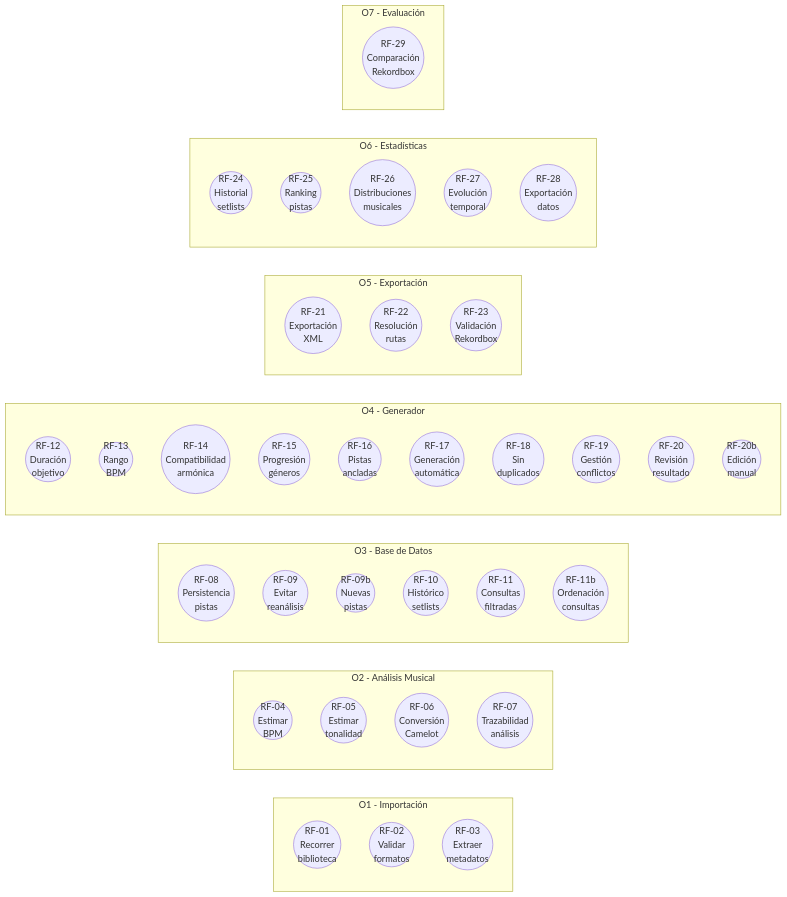
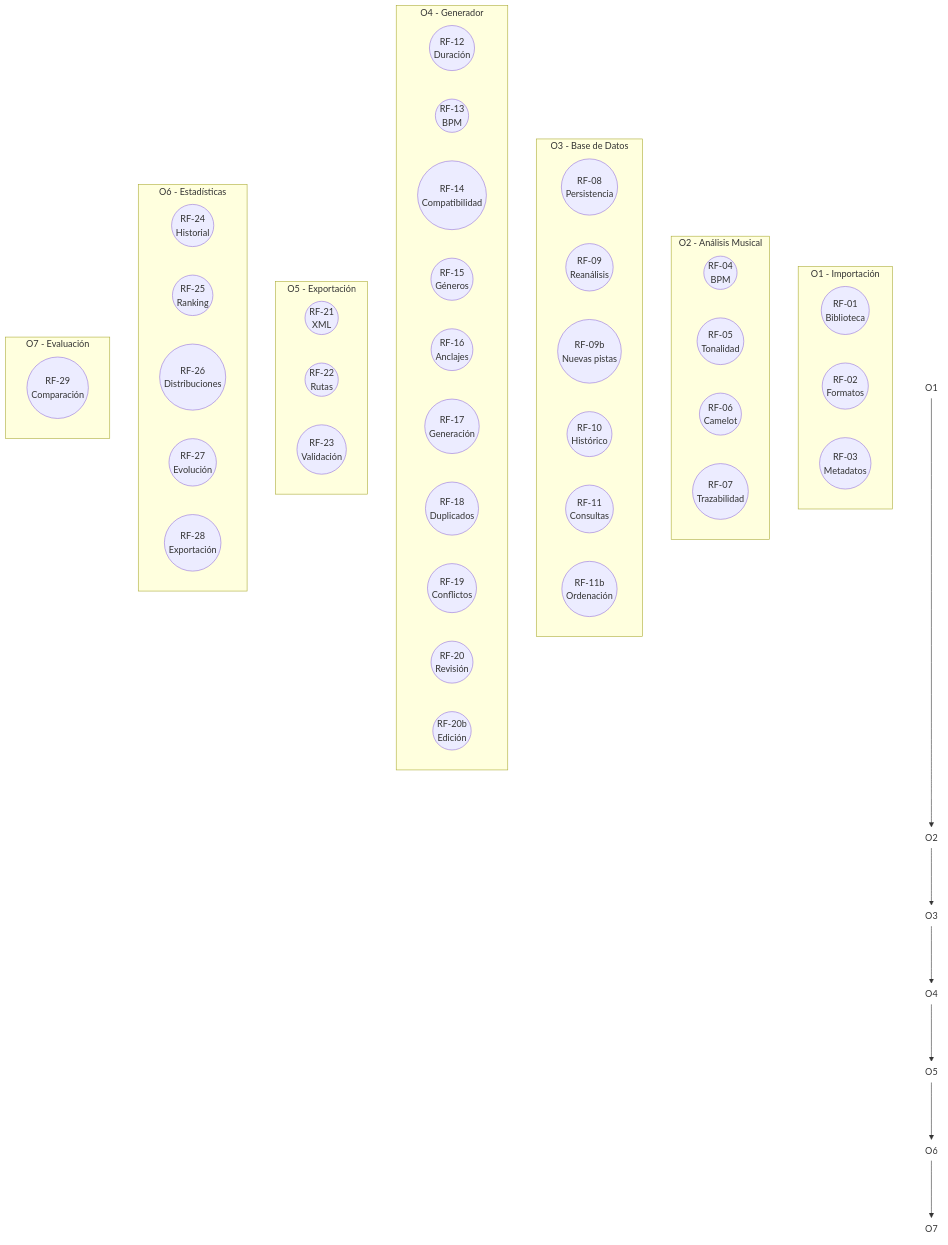
One commit to pabloo806/Trabajo-de-Fin-de-Grado changed the second of 4 diagrams in docs/requirements/requirements.md. Above: the diagram before and after it, drawn with Mermaid.

Commit message:
Refactor functional requirements flowchart layout

````diff
--- a/docs/requirements/requirements.md
+++ b/docs/requirements/requirements.md
@@ -145,63 +145,81 @@
 ```mermaid
-flowchart LR
+flowchart TB
+
+    O1x((O1))
+    O2x((O2))
+    O3x((O3))
+    O4x((O4))
+    O5x((O5))
+    O6x((O6))
+    O7x((O7))
+
+    O1x ---> O2x ---> O3x ---> O4x ---> O5x ---> O6x ---> O7x
+
+    style O1x fill:transparent,stroke:transparent
+    style O2x fill:transparent,stroke:transparent
+    style O3x fill:transparent,stroke:transparent
+    style O4x fill:transparent,stroke:transparent
+    style O5x fill:transparent,stroke:transparent
+    style O6x fill:transparent,stroke:transparent
+    style O7x fill:transparent,stroke:transparent
 
     subgraph O1["O1 - Importación"]
-        direction TB
-        RF01(("RF-01<br/>Recorrer<br/>biblioteca"))
-        RF02(("RF-02<br/>Validar<br/>formatos"))
-        RF03(("RF-03<br/>Extraer<br/>metadatos"))
+        direction LR
+        RF01(("RF-01<br/>Biblioteca"))
+        RF02(("RF-02<br/>Formatos"))
+        RF03(("RF-03<br/>Metadatos"))
     end
 
     subgraph O2["O2 - Análisis Musical"]
-        direction TB
-        RF04(("RF-04<br/>Estimar<br/>BPM"))
-        RF05(("RF-05<br/>Estimar<br/>tonalidad"))
-        RF06(("RF-06<br/>Conversión<br/>Camelot"))
-        RF07(("RF-07<br/>Trazabilidad<br/>análisis"))
+        direction LR
+        RF04(("RF-04<br/>BPM"))
+        RF05(("RF-05<br/>Tonalidad"))
+        RF06(("RF-06<br/>Camelot"))
+        RF07(("RF-07<br/>Trazabilidad"))
     end
 
     subgraph O3["O3 - Base de Datos"]
-        direction TB
-        RF08(("RF-08<br/>Persistencia<br/>pistas"))
-        RF09(("RF-09<br/>Evitar<br/>reanálisis"))
-        RF09B(("RF-09b<br/>Nuevas<br/>pistas"))
-        RF10(("RF-10<br/>Histórico<br/>setlists"))
-        RF11(("RF-11<br/>Consultas<br/>filtradas"))
-        RF11B(("RF-11b<br/>Ordenación<br/>consultas"))
+        direction LR
+        RF08(("RF-08<br/>Persistencia"))
+        RF09(("RF-09<br/>Reanálisis"))
+        RF09B(("RF-09b<br/>Nuevas pistas"))
+        RF10(("RF-10<br/>Histórico"))
+        RF11(("RF-11<br/>Consultas"))
+        RF11B(("RF-11b<br/>Ordenación"))
     end
 
     subgraph O4["O4 - Generador"]
-        direction TB
-        RF12(("RF-12<br/>Duración<br/>objetivo"))
-        RF13(("RF-13<br/>Rango<br/>BPM"))
-        RF14(("RF-14<br/>Compatibilidad<br/>armónica"))
-        RF15(("RF-15<br/>Progresión<br/>géneros"))
-        RF16(("RF-16<br/>Pistas<br/>ancladas"))
-        RF17(("RF-17<br/>Generación<br/>automática"))
-        RF18(("RF-18<br/>Sin<br/>duplicados"))
-        RF19(("RF-19<br/>Gestión<br/>conflictos"))
-        RF20(("RF-20<br/>Revisión<br/>resultado"))
-        RF20B(("RF-20b<br/>Edición<br/>manual"))
+        direction LR
+        RF12(("RF-12<br/>Duración"))
+        RF13(("RF-13<br/>BPM"))
+        RF14(("RF-14<br/>Compatibilidad"))
+        RF15(("RF-15<br/>Géneros"))
+        RF16(("RF-16<br/>Anclajes"))
+        RF17(("RF-17<br/>Generación"))
+        RF18(("RF-18<br/>Duplicados"))
+        RF19(("RF-19<br/>Conflictos"))
+        RF20(("RF-20<br/>Revisión"))
+        RF20B(("RF-20b<br/>Edición"))
     end
 
     subgraph O5["O5 - Exportación"]
-        direction TB
-        RF21(("RF-21<br/>Exportación<br/>XML"))
-        RF22(("RF-22<br/>Resolución<br/>rutas"))
-        RF23(("RF-23<br/>Validación<br/>Rekordbox"))
+        direction LR
+        RF21(("RF-21<br/>XML"))
+        RF22(("RF-22<br/>Rutas"))
+        RF23(("RF-23<br/>Validación"))
     end
 
     subgraph O6["O6 - Estadísticas"]
-        direction TB
-        RF24(("RF-24<br/>Historial<br/>setlists"))
-        RF25(("RF-25<br/>Ranking<br/>pistas"))
-        RF26(("RF-26<br/>Distribuciones<br/>musicales"))
-        RF27(("RF-27<br/>Evolución<br/>temporal"))
-        RF28(("RF-28<br/>Exportación<br/>datos"))
+        direction LR
+        RF24(("RF-24<br/>Historial"))
+        RF25(("RF-25<br/>Ranking"))
+        RF26(("RF-26<br/>Distribuciones"))
+        RF27(("RF-27<br/>Evolución"))
+        RF28(("RF-28<br/>Exportación"))
     end
 
     subgraph O7["O7 - Evaluación"]
-        direction TB
-        RF29(("RF-29<br/>Comparación<br/>Rekordbox"))
+        direction LR
+        RF29(("RF-29<br/>Comparación"))
     end
 ```
````
